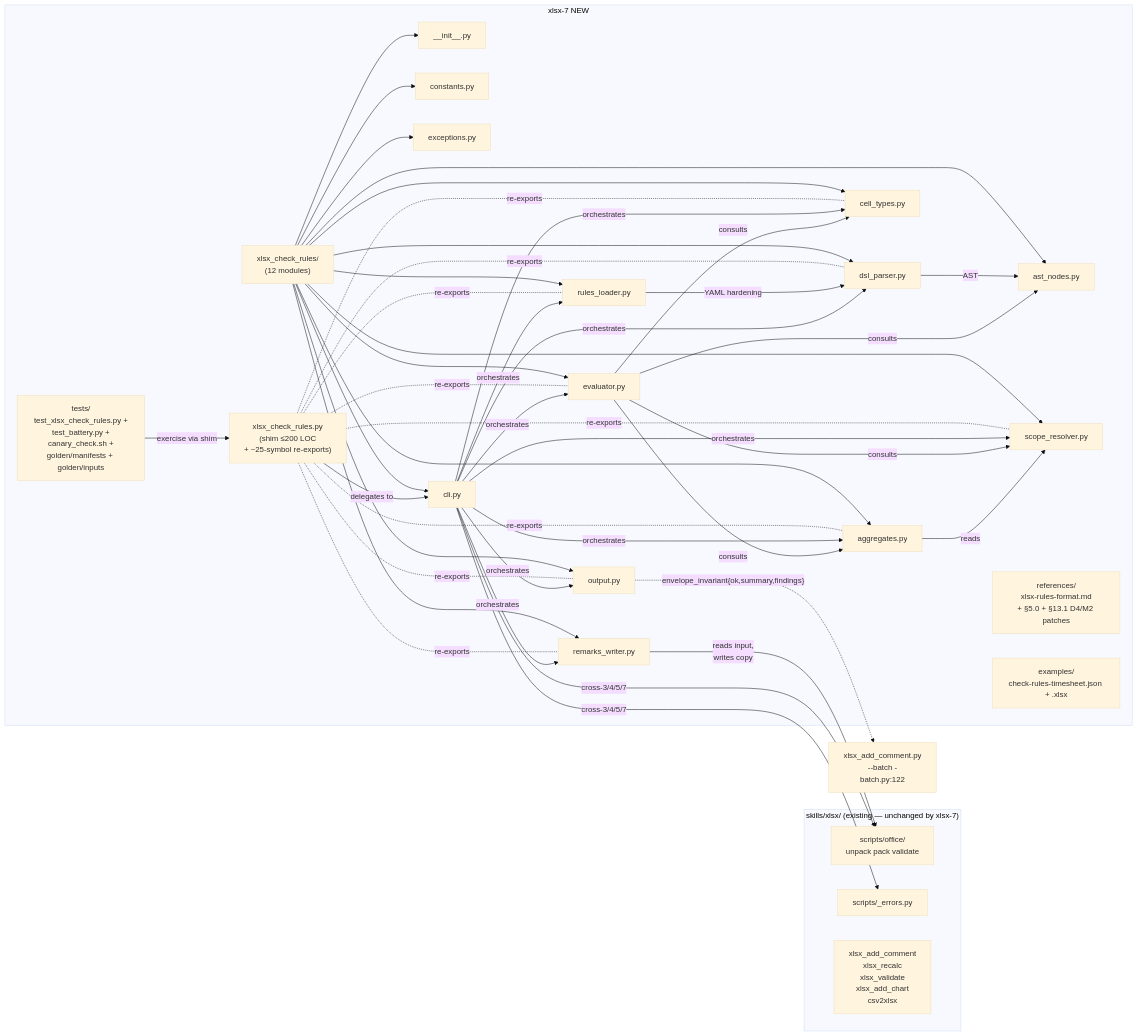
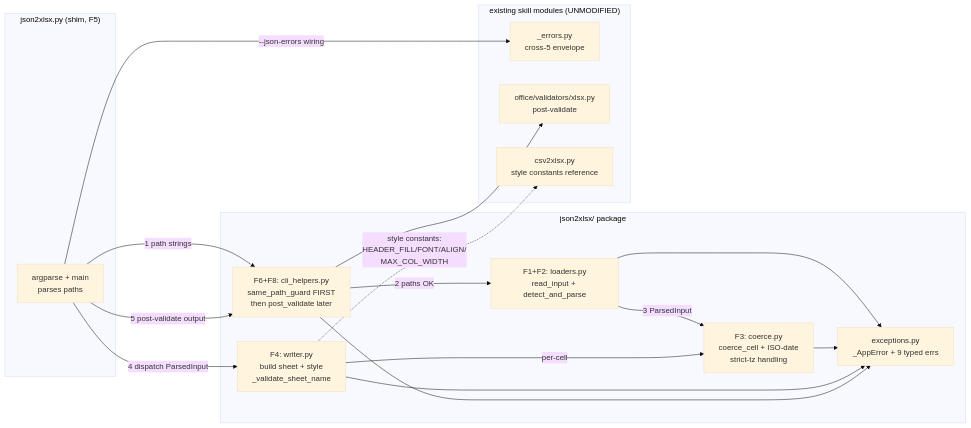
The second of 3 diagrams in docs/ARCHITECTURE.md (MatrixFounder/Universal-skills), drawn with Mermaid (base theme) before and after one commit. The commit also changed other lines of this file and 32 other files, not shown here.

Commit message:
json2xlsx.py feature

````diff
--- a/docs/ARCHITECTURE.md
+++ b/docs/ARCHITECTURE.md
@@ -386,40 +294,32 @@
 ```mermaid
 flowchart LR
-    subgraph "skills/xlsx/ (existing — unchanged by xlsx-7)"
-        Office[scripts/office/<br/>unpack pack validate]
-        ErrPy[scripts/_errors.py]
-        Existing[xlsx_add_comment<br/>xlsx_recalc<br/>xlsx_validate<br/>xlsx_add_chart<br/>csv2xlsx]
+    subgraph CLI ["json2xlsx.py (shim, F5)"]
+        Cli[argparse + main<br/>parses paths]
     end
-    subgraph "xlsx-7 NEW"
-        Shim["xlsx_check_rules.py<br/>(shim ≤200 LOC<br/>+ ~25-symbol re-exports)"]
-        Pkg["xlsx_check_rules/<br/>(12 modules)"]
-        Init["__init__.py"]
-        Const["constants.py"]
-        Exc["exceptions.py"]
-        Ast["ast_nodes.py"]
-        Loader["rules_loader.py"]
-        Parser["dsl_parser.py"]
-        CellTy["cell_types.py"]
-        Scope["scope_resolver.py"]
-        Eval["evaluator.py"]
-        Agg["aggregates.py"]
-        Out["output.py"]
-        Rem["remarks_writer.py"]
-        Cli["cli.py"]
-        Pkg --> Init & Const & Exc & Ast & Loader & Parser & CellTy & Scope & Eval & Agg & Out & Rem & Cli
-        Ref[references/<br/>xlsx-rules-format.md<br/>+ §5.0 + §13.1 D4/M2 patches]
-        Ex[examples/<br/>check-rules-timesheet.json + .xlsx]
-        Tests[tests/<br/>test_xlsx_check_rules.py +<br/>test_battery.py +<br/>canary_check.sh +<br/>golden/manifests + golden/inputs]
+    subgraph Pkg ["json2xlsx/ package"]
+        Helpers[F6+F8: cli_helpers.py<br/>same_path_guard FIRST<br/>then post_validate later]
+        Loaders[F1+F2: loaders.py<br/>read_input + detect_and_parse]
+        Coerce[F3: coerce.py<br/>coerce_cell + ISO-date<br/>strict-tz handling]
+        Writer[F4: writer.py<br/>build sheet + style<br/>_validate_sheet_name]
+        Exc[exceptions.py<br/>_AppError + 9 typed errs]
     end
-    Shim -->|delegates to| Cli
-    Shim -.re-exports.- Loader & Parser & CellTy & Scope & Eval & Agg & Out & Rem
-    Loader -->|YAML hardening| Parser
-    Parser -->|AST| Ast
-    Cli -->|orchestrates| Loader & Parser & CellTy & Scope & Eval & Agg & Out & Rem
-    Eval -->|consults| Ast & CellTy & Scope & Agg
-    Agg -->|reads| Scope
-    Rem -->|reads input,<br/>writes copy| Office
-    Cli -->|cross-3/4/5/7| Office & ErrPy
-    Out -. envelope_invariant{ok,summary,findings} .-> Pipe[xlsx_add_comment.py<br/>--batch -<br/>batch.py:122]
-    Tests -->|exercise via shim| Shim
+    subgraph Shared ["existing skill modules (UNMODIFIED)"]
+        Errors[_errors.py<br/>cross-5 envelope]
+        Validators[office/validators/xlsx.py<br/>post-validate]
+        CSVRef[csv2xlsx.py<br/>style constants reference]
+    end
+
+    Cli -->|1 path strings| Helpers
+    Helpers -->|2 paths OK| Loaders
+    Loaders --> Exc
+    Loaders -->|3 ParsedInput| Coerce
+    Coerce --> Exc
+    Writer -->|per-cell| Coerce
+    Writer --> Exc
+    Cli -->|4 dispatch ParsedInput| Writer
+    Cli -->|5 post-validate output| Helpers
+    Helpers --> Validators
+    Helpers --> Exc
+    Cli -->|--json-errors wiring| Errors
+    Writer -.->|style constants:<br/>HEADER_FILL/FONT/ALIGN/<br/>MAX_COL_WIDTH| CSVRef
 ```
````
